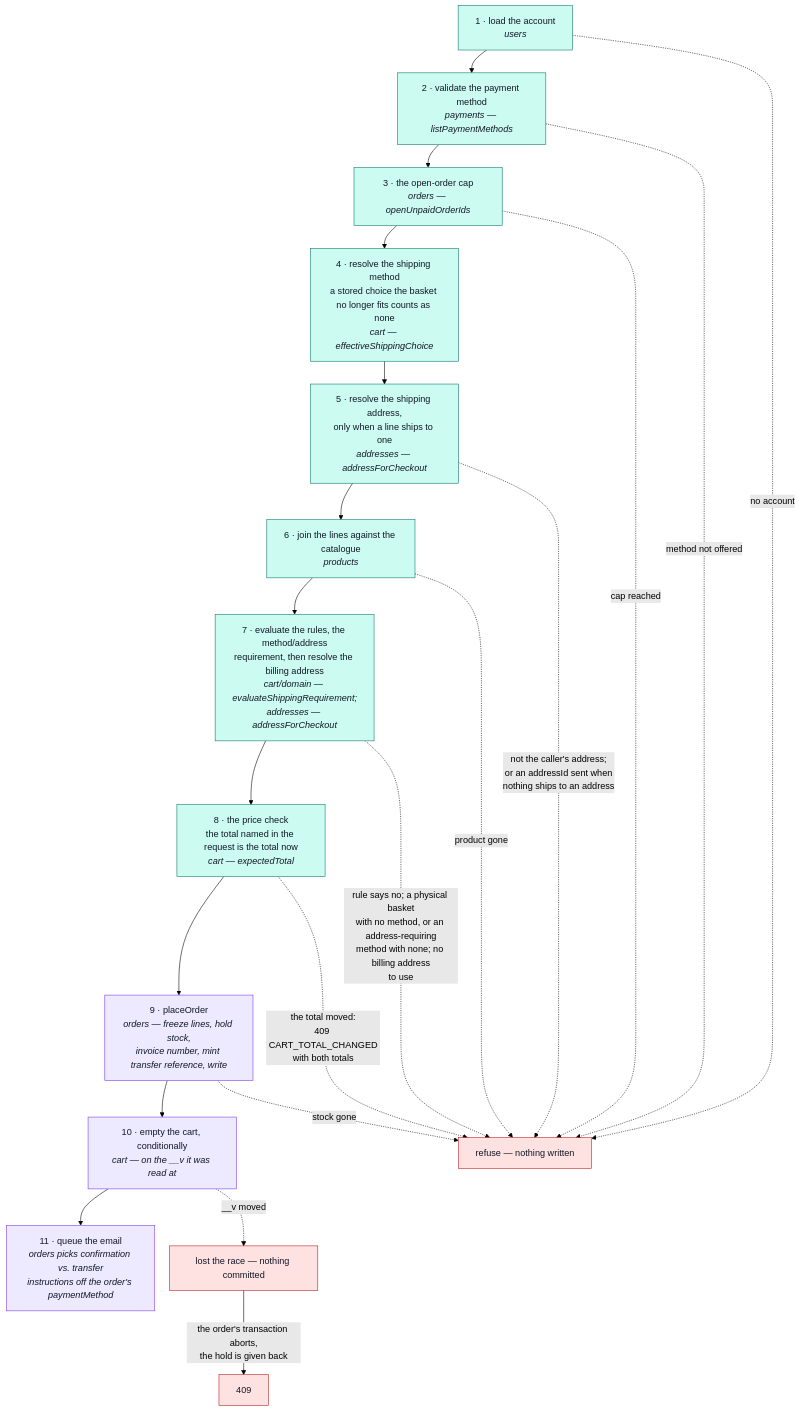
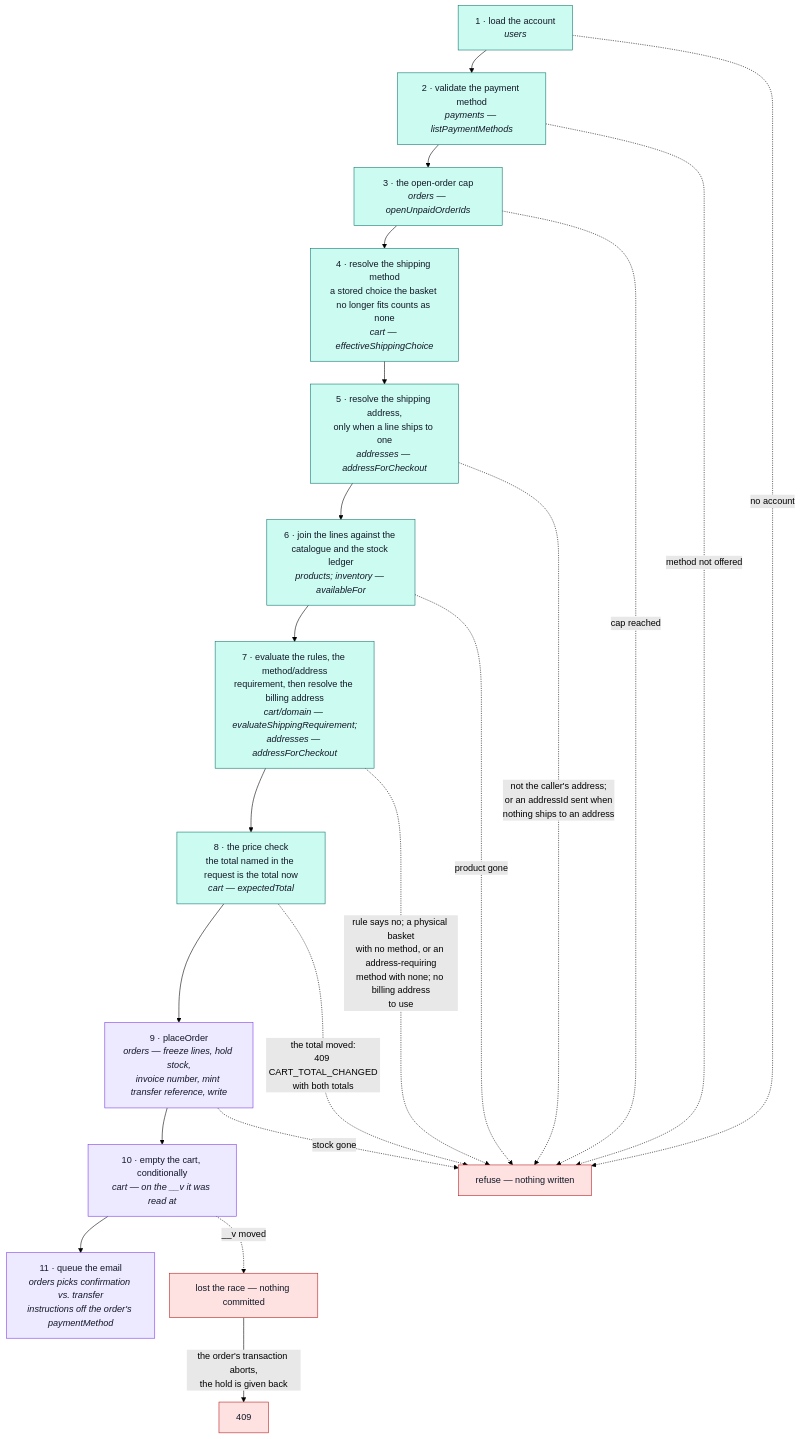
The diagram in docs/modules/cart-checkout.md (Guebbit/boilerplate-node-backend), drawn with Mermaid (forest theme) before and after one commit. The commit also changed other lines of this file and 130 other files, not shown here.

````diff
--- a/docs/modules/cart-checkout.md
+++ b/docs/modules/cart-checkout.md
@@ -25,35 +25,35 @@
 ```mermaid
 %%{init: {'flowchart': {'nodeSpacing': 26, 'rankSpacing': 40}}}%%
 flowchart TD
     A["1 · load the account<br/><i>users</i>"] --> P["2 · validate the payment method<br/><i>payments — listPaymentMethods</i>"]
     P --> Q["3 · the open-order cap<br/><i>orders — openUnpaidOrderIds</i>"]
     Q --> B["4 · resolve the shipping method<br/>a stored choice the basket no longer fits counts as none<br/><i>cart — effectiveShippingChoice</i>"]
     B --> C["5 · resolve the shipping address,<br/>only when a line ships to one<br/><i>addresses — addressForCheckout</i>"]
-    C --> D["6 · join the lines against the catalogue<br/><i>products</i>"]
+    C --> D["6 · join the lines against the catalogue and the stock ledger<br/><i>products; inventory — availableFor</i>"]
     D --> E["7 · evaluate the rules, the method/address<br/>requirement, then resolve the billing address<br/><i>cart/domain — evaluateShippingRequirement;<br/>addresses — addressForCheckout</i>"]
     E --> T["8 · the price check<br/>the total named in the request is the total now<br/><i>cart — expectedTotal</i>"]
     T --> F["9 · placeOrder<br/><i>orders — freeze lines, hold stock,<br/>invoice number, mint transfer reference, write</i>"]
     F --> H["10 · empty the cart, conditionally<br/><i>cart — on the __v it was read at</i>"]
     H --> I["11 · queue the email<br/><i>orders picks confirmation vs. transfer<br/>instructions off the order's paymentMethod</i>"]
 
     R["refuse — nothing written"]
     A -.->|"no account"| R
     P -.->|"method not offered"| R
     Q -.->|"cap reached"| R
         C -.->|"not the caller's address;<br/>or an addressId sent when<br/>nothing ships to an address"| R
     D -.->|"product gone"| R
     E -.->|"rule says no; a physical basket<br/>with no method, or an address-requiring<br/>method with none; no billing address<br/>to use"| R
     T -.->|"the total moved:<br/>409 CART_TOTAL_CHANGED<br/>with both totals"| R
     F -.->|"stock gone"| R
 
     L["lost the race — nothing committed"]
     H -.->|"__v moved"| L
     L -->|"the order's transaction aborts,<br/>the hold is given back"| M["409"]
 
     classDef read fill:#ccfbf1,stroke:#0f766e,color:#111827;
     classDef write fill:#ede9fe,stroke:#7c3aed,color:#111827;
     classDef bad fill:#fee2e2,stroke:#b91c1c,color:#111827;
     class A,P,Q,B,C,D,E,T read;
     class F,H,I write;
     class R,L,M bad;
 ```
````
